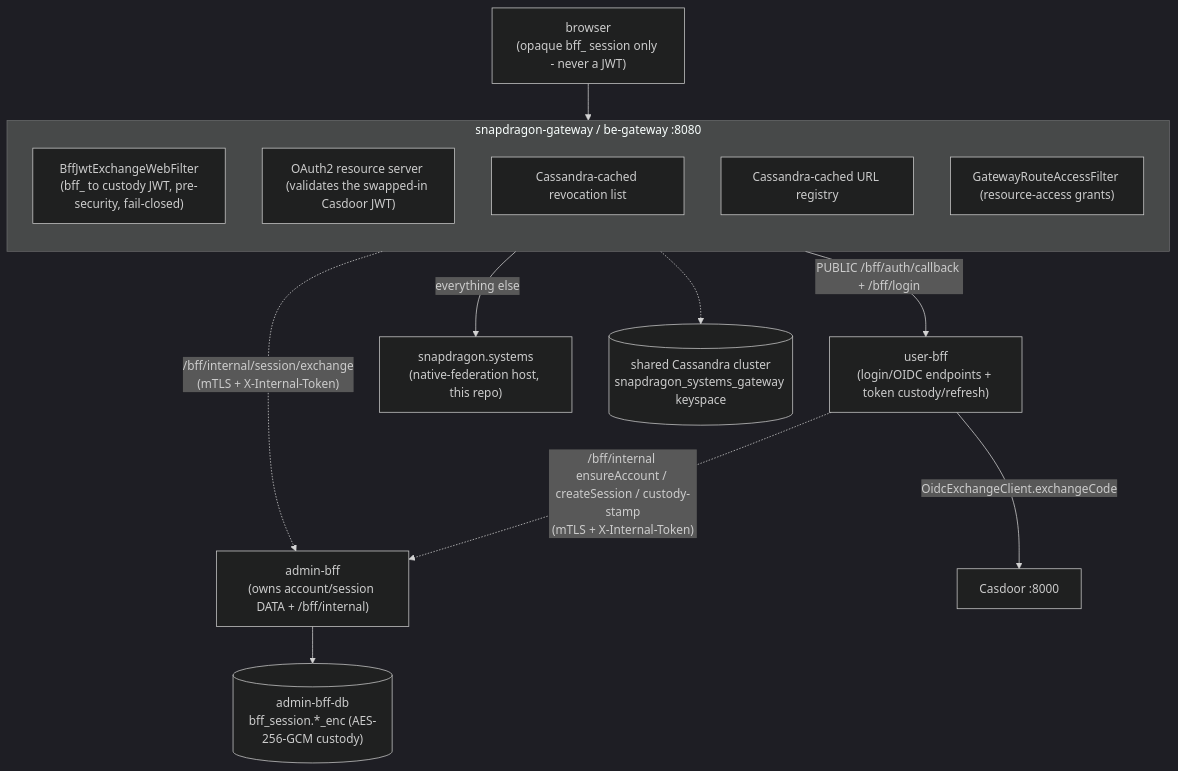
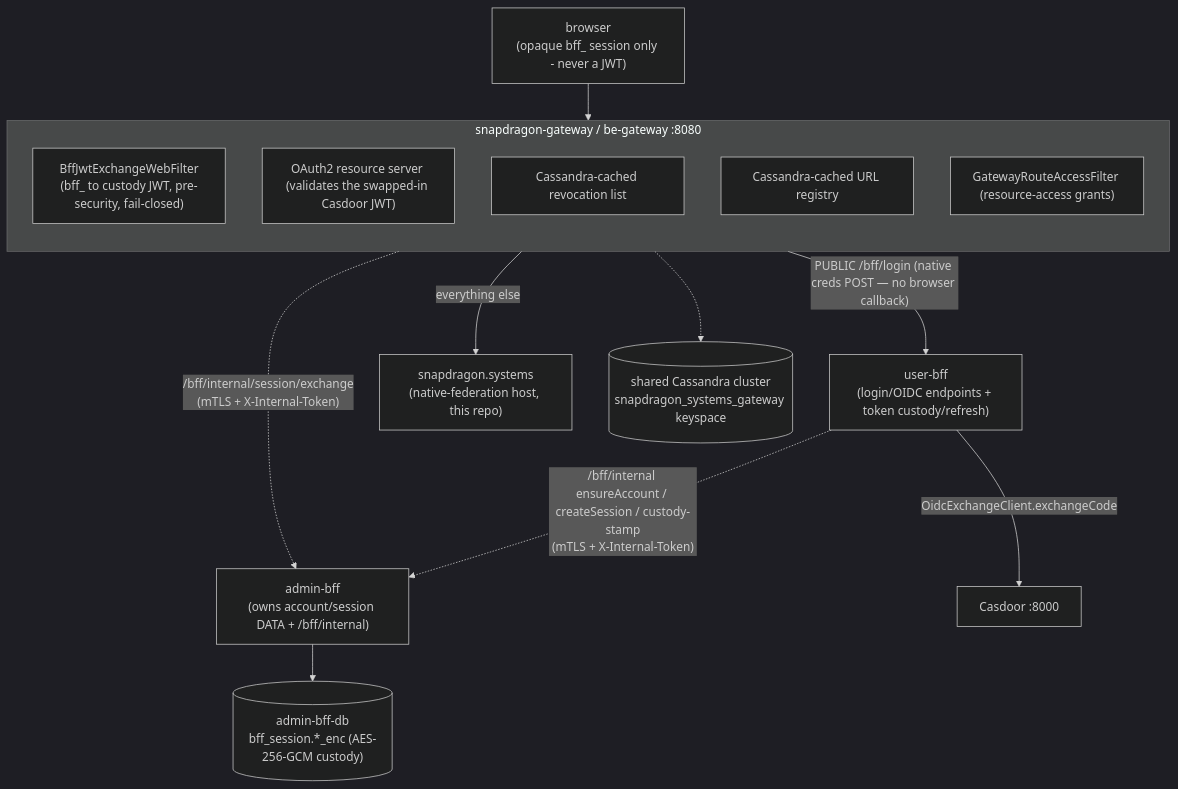
Before and after one commit to hugmesh/hugmesh-host-shell: the first of 2 diagrams in docs/platform-topology.md, drawn with Mermaid (dark theme). The commit also changed other lines of this file, not shown here.

First line of the commit message:
docs(topology): native /bff/login replaces the retired browser OIDC callback (#125)

````diff
--- a/docs/platform-topology.md
+++ b/docs/platform-topology.md
@@ -24,21 +24,21 @@
 ```mermaid
 flowchart TB
   browser["browser<br/>(opaque bff_ session only - never a JWT)"]
   browser --> gw
   subgraph gw["snapdragon-gateway / be-gateway :8080"]
     direction TB
     g1["BffJwtExchangeWebFilter<br/>(bff_ to custody JWT, pre-security, fail-closed)"]
     g2["OAuth2 resource server (validates the swapped-in Casdoor JWT)"]
     g3["Cassandra-cached revocation list"]
     g4["Cassandra-cached URL registry"]
     g5["GatewayRouteAccessFilter (resource-access grants)"]
   end
   g1 -.->|"/bff/internal/session/exchange<br/>(mTLS + X-Internal-Token)"| abff
-  gw -->|"PUBLIC /bff/auth/callback + /bff/login"| ubff["user-bff<br/>(login/OIDC endpoints + token custody/refresh)"]
+  gw -->|"PUBLIC /bff/login (native creds POST — no browser callback)"| ubff["user-bff<br/>(login/OIDC endpoints + token custody/refresh)"]
   gw -->|"everything else"| host["snapdragon.systems<br/>(native-federation host, this repo)"]
   ubff -->|"OidcExchangeClient.exchangeCode"| casdoor["Casdoor :8000"]
   ubff -.->|"/bff/internal ensureAccount / createSession / custody-stamp<br/>(mTLS + X-Internal-Token)"| abff["admin-bff<br/>(owns account/session DATA + /bff/internal)"]
   abff --> abffdb[("admin-bff-db<br/>bff_session.*_enc (AES-256-GCM custody)")]
   cass[("shared Cassandra cluster<br/>snapdragon_systems_gateway keyspace")]
   gw -.-> cass
 ```
````
